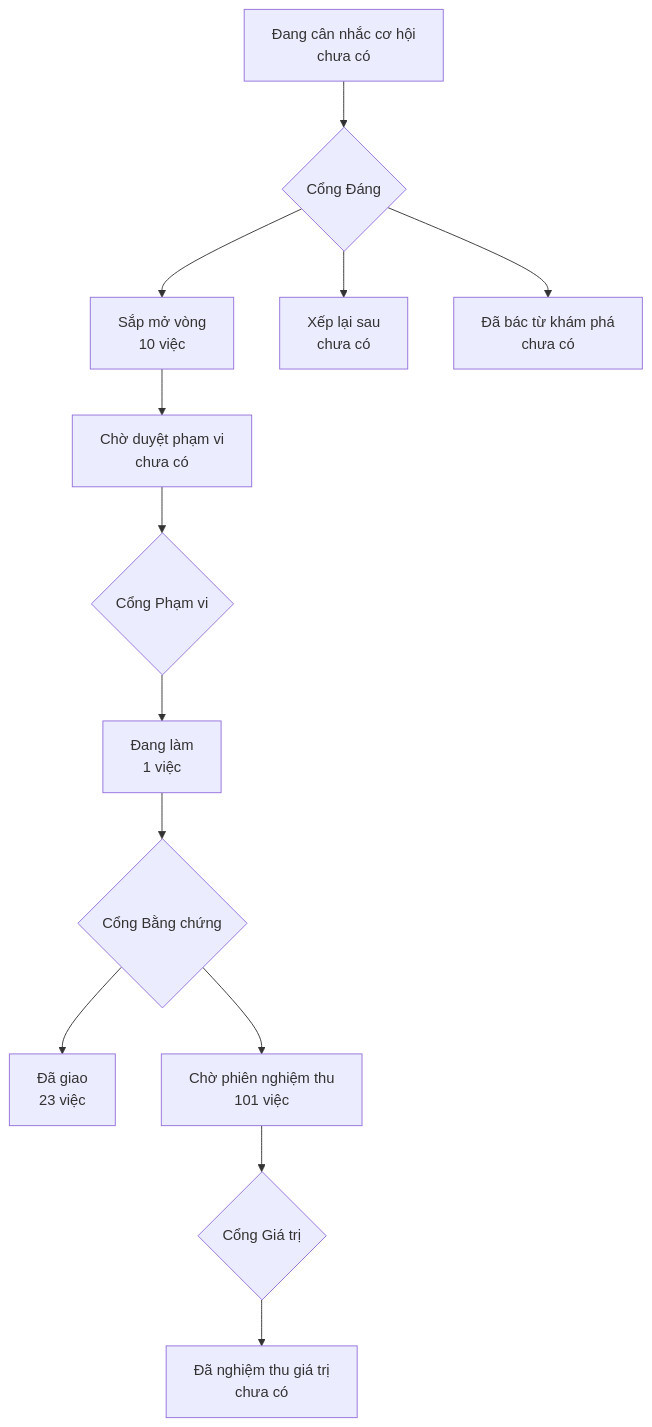
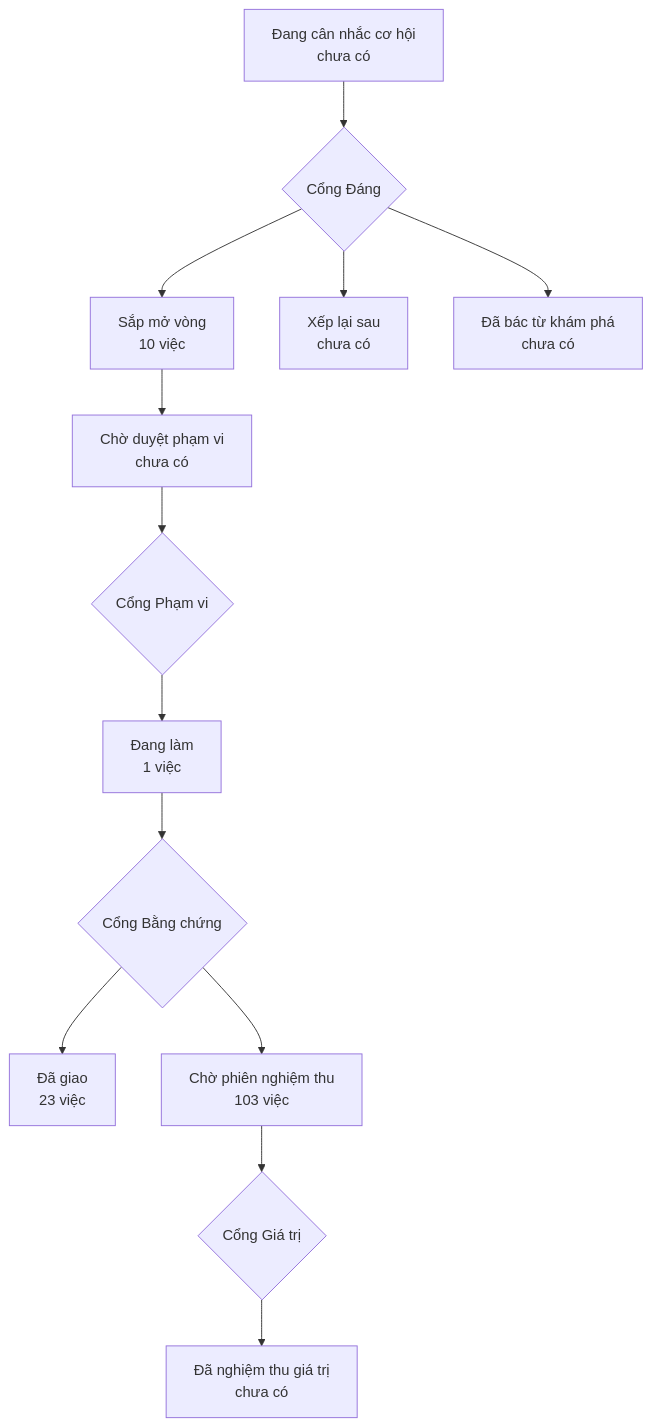
One commit to phanlemanh/onehub-quy-hang changed the diagram in PRODUCT-MAP.md. Above: the diagram before and after it, drawn with Mermaid. The commit also changed other lines of this file and 1 other file, not shown here.

Commit message:
chore: vẽ lại bản đồ sản phẩm và lộ trình sau gộp main

````diff
--- a/PRODUCT-MAP.md
+++ b/PRODUCT-MAP.md
@@ -7,12 +7,12 @@
 ```mermaid
 flowchart TD
   A["Đang cân nhắc cơ hội<br/>chưa có"] --> GD{"Cổng Đáng"}
   GD --> B["Sắp mở vòng<br/>10 việc"]
   GD --> XL["Xếp lại sau<br/>chưa có"]
   GD --> DB["Đã bác từ khám phá<br/>chưa có"]
   B --> CD["Chờ duyệt phạm vi<br/>chưa có"] --> GP{"Cổng Phạm vi"}
   GP --> DL["Đang làm<br/>1 việc"] --> GB{"Cổng Bằng chứng"}
   GB --> DG["Đã giao<br/>23 việc"]
-  GB --> CN["Chờ phiên nghiệm thu<br/>101 việc"] --> GG{"Cổng Giá trị"}
+  GB --> CN["Chờ phiên nghiệm thu<br/>103 việc"] --> GG{"Cổng Giá trị"}
   GG --> NT["Đã nghiệm thu giá trị<br/>chưa có"]
 ```
````
